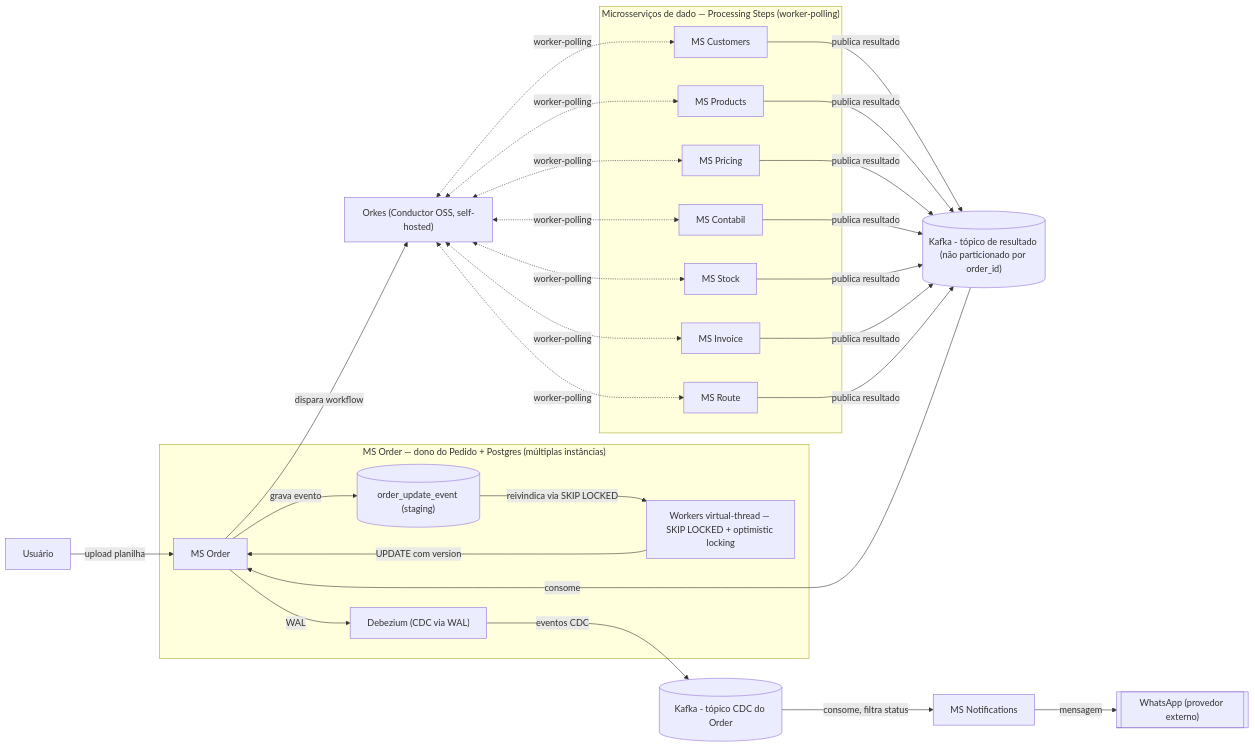
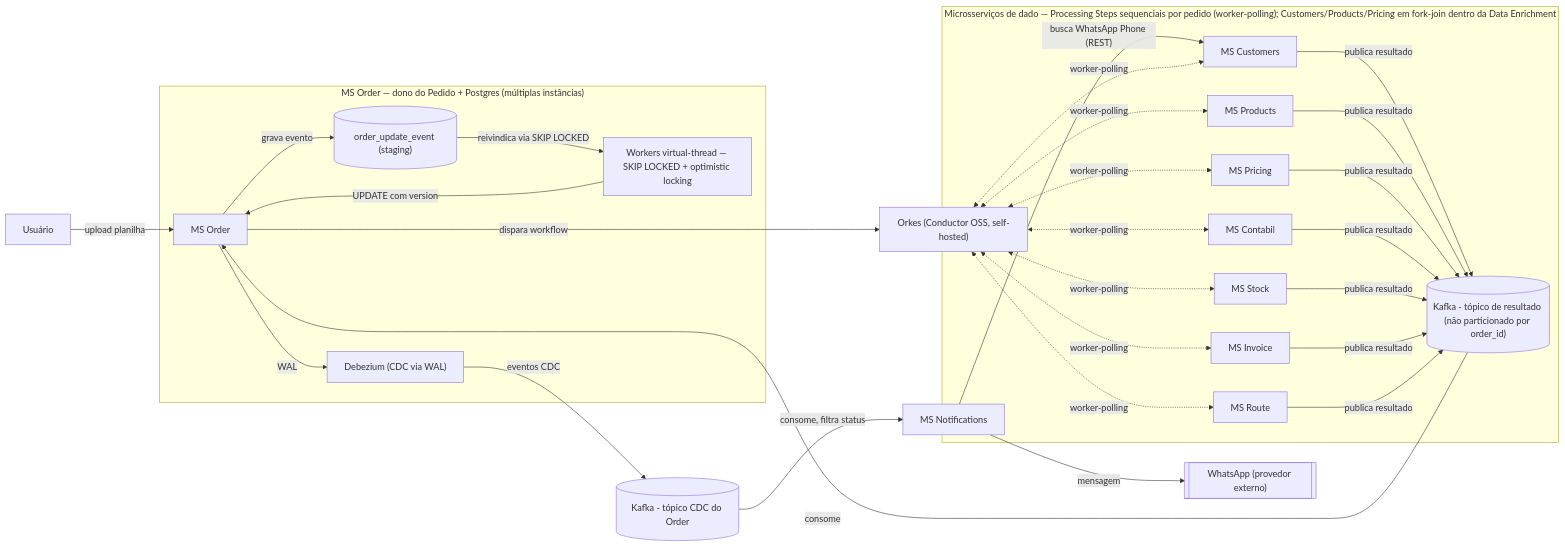
The second of 3 diagrams in app/docs/specs/order-processing-prd.md (george-bonespirito/uncle-bob-best-practices-with-ia), drawn with Mermaid before and after one commit. The commit also changed other lines of this file and 23 other files, not shown here.

````diff
--- a/app/docs/specs/order-processing-prd.md
+++ b/app/docs/specs/order-processing-prd.md
@@ -107,53 +108,54 @@
 ```mermaid
 flowchart LR
     User["Usuário"]
 
     subgraph OrderCtx["MS Order — dono do Pedido + Postgres (múltiplas instâncias)"]
         Order["MS Order"]
         Staging[("order_update_event (staging)")]
         Workers["Workers virtual-thread — SKIP LOCKED + optimistic locking"]
         Debezium["Debezium (CDC via WAL)"]
     end
 
     Orkes["Orkes (Conductor OSS, self-hosted)"]
 
-    subgraph DataMS["Microsserviços de dado — Processing Steps (worker-polling)"]
+    subgraph DataMS["Microsserviços de dado — Processing Steps sequenciais por pedido (worker-polling); Customers/Products/Pricing em fork-join dentro da Data Enrichment"]
         Customers["MS Customers"]
         Products["MS Products"]
         Pricing["MS Pricing"]
         Stock["MS Stock"]
         Contabil["MS Contabil"]
         Invoice["MS Invoice"]
         Route["MS Route"]
     end
 
     ResultsKafka[("Kafka - tópico de resultado (não particionado por order_id)")]
     CdcKafka[("Kafka - tópico CDC do Order")]
     Notifications["MS Notifications"]
     WhatsApp[["WhatsApp (provedor externo)"]]
 
     User -->|"upload planilha"| Order
+    Notifications -->|"busca WhatsApp Phone (REST)"| Customers
     Order -->|"dispara workflow"| Orkes
     Orkes <-.->|"worker-polling"| Customers
     Orkes <-.->|"worker-polling"| Products
     Orkes <-.->|"worker-polling"| Pricing
     Orkes <-.->|"worker-polling"| Contabil
     Orkes <-.->|"worker-polling"| Stock
     Orkes <-.->|"worker-polling"| Invoice
     Orkes <-.->|"worker-polling"| Route
     Customers -->|"publica resultado"| ResultsKafka
     Products -->|"publica resultado"| ResultsKafka
     Pricing -->|"publica resultado"| ResultsKafka
     Contabil -->|"publica resultado"| ResultsKafka
     Stock -->|"publica resultado"| ResultsKafka
     Invoice -->|"publica resultado"| ResultsKafka
     Route -->|"publica resultado"| ResultsKafka
     ResultsKafka -->|"consome"| Order
     Order -->|"grava evento"| Staging
     Staging -->|"reivindica via SKIP LOCKED"| Workers
     Workers -->|"UPDATE com version"| Order
     Order -->|"WAL"| Debezium
     Debezium -->|"eventos CDC"| CdcKafka
     CdcKafka -->|"consome, filtra status"| Notifications
     Notifications -->|"mensagem"| WhatsApp
 ```
````
